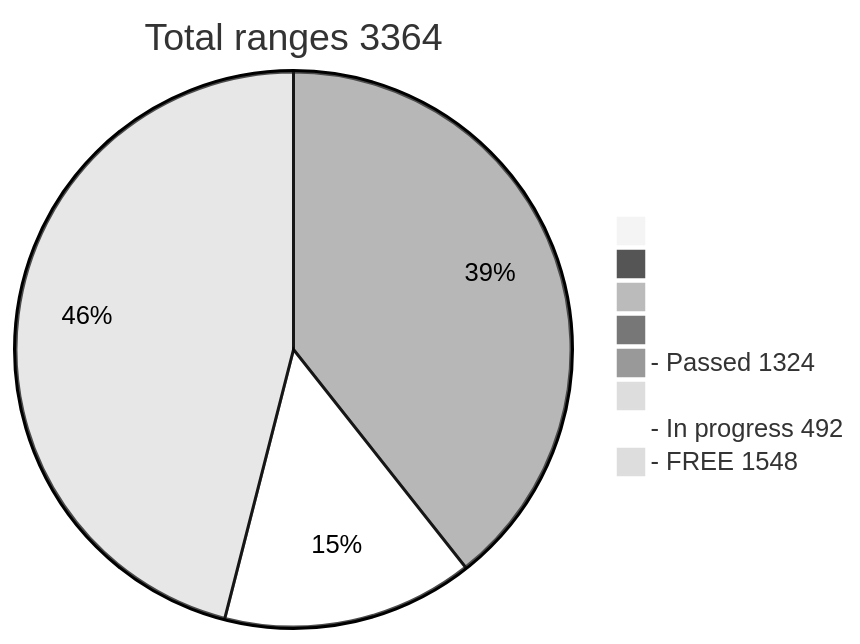
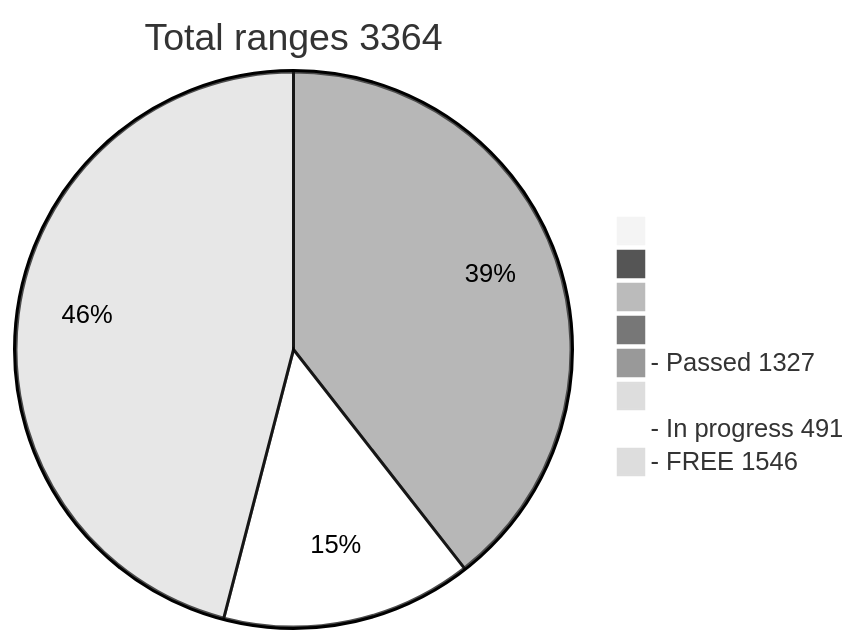
One commit to phrutis/wif500 changed the diagram in README.md. Above: the diagram before and after it, drawn with Mermaid (neutral theme).

````diff
--- a/README.md
+++ b/README.md
@@ -16,12 +16,12 @@
 ```mermaid
 pie title Total ranges 3364
              " " : 0
             "  " : 0
            "   " : 0
           "    " : 0
-  "- Passed 1324" : 1324
+  "- Passed 1327" : 1327
          "     " : 0
-  "- In progress 492" : 492
-   "- FREE 1548" : 1548
+  "- In progress 491" : 491
+   "- FREE 1546" : 1546
    
 ```
````
